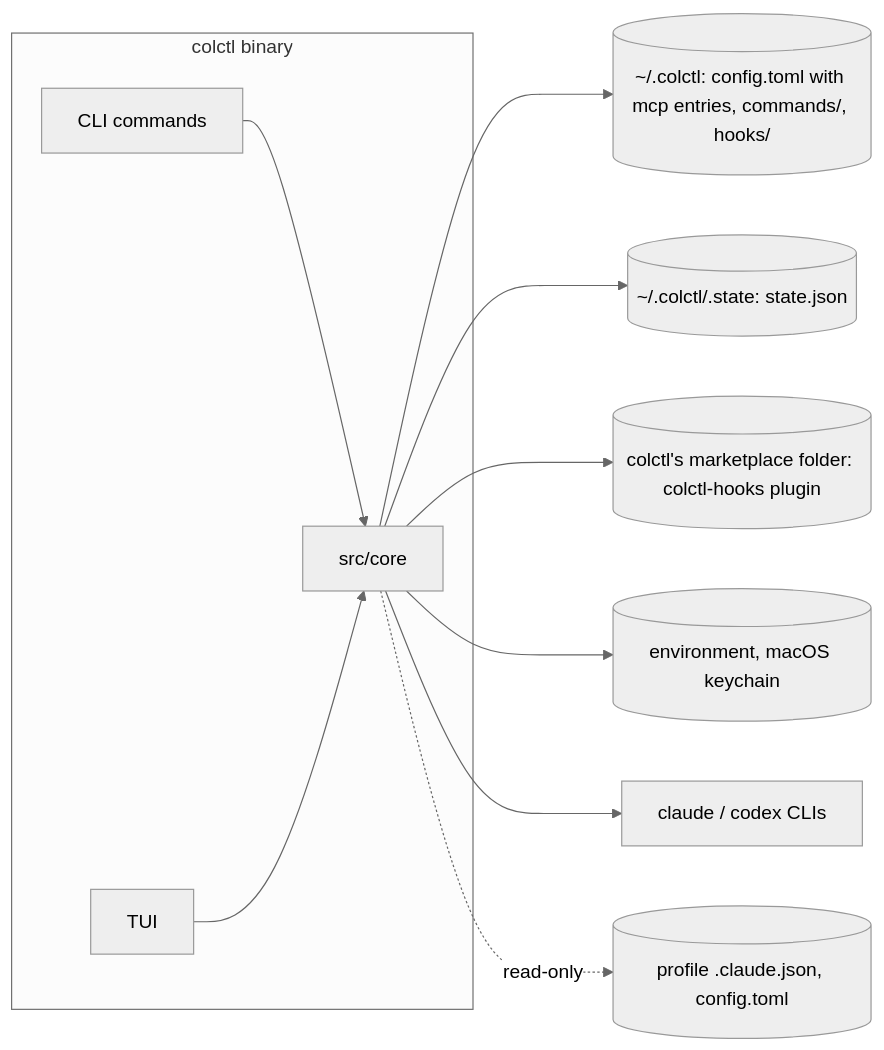
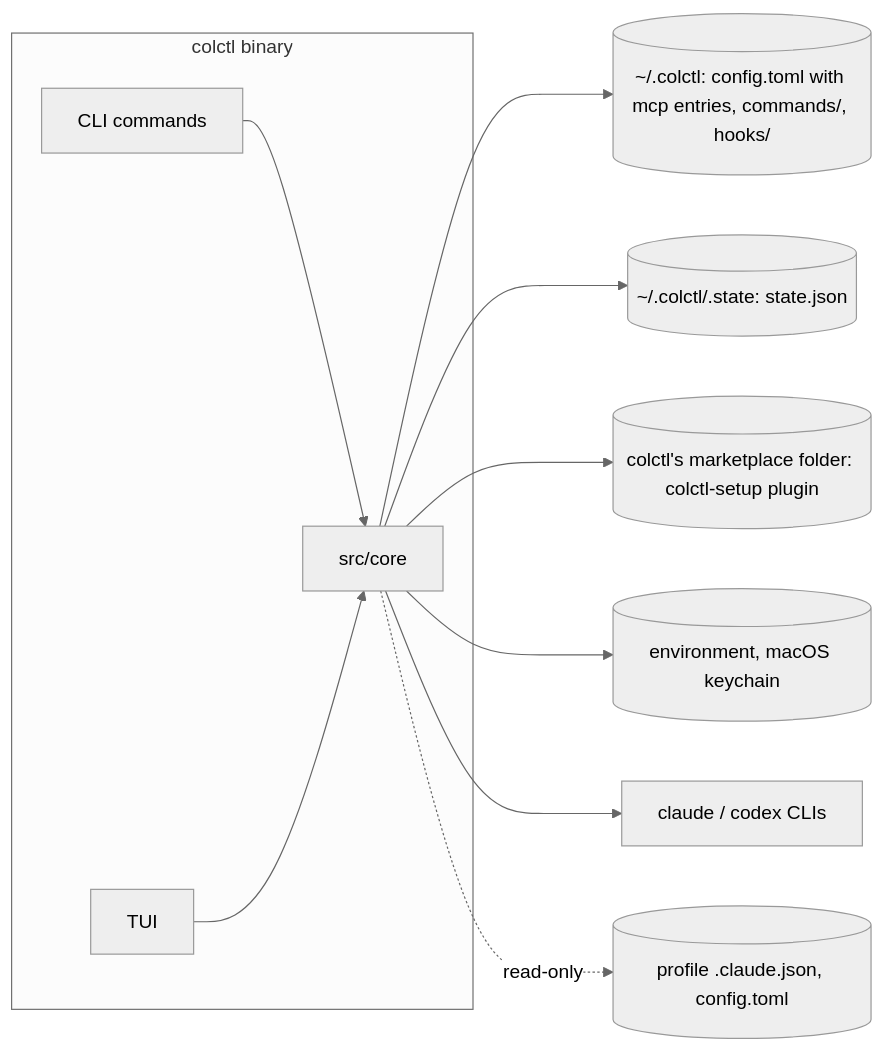
The diagram in docs/whole-setup/containers.md (muradmadi-leadtech/colctl), drawn with Mermaid (neutral theme) before and after one commit. The commit also changed other lines of this file and 7 other files, not shown here.

````diff
--- a/docs/whole-setup/containers.md
+++ b/docs/whole-setup/containers.md
@@ -7,13 +7,13 @@
 ```mermaid
 flowchart LR
   subgraph bin[colctl binary]
     cli[CLI commands] --> core[src/core]
     tui[TUI] --> core
   end
   core --> source[(~/.colctl: config.toml with mcp entries, commands/, hooks/)]
   core --> state[(~/.colctl/.state: state.json)]
-  core --> wrap[(colctl's marketplace folder: colctl-hooks plugin)]
+  core --> wrap[(colctl's marketplace folder: colctl-setup plugin)]
   core --> secrets[(environment, macOS keychain)]
   core --> tools[claude / codex CLIs]
   core -.->|read-only| configs[(profile .claude.json, config.toml)]
 ```
````
